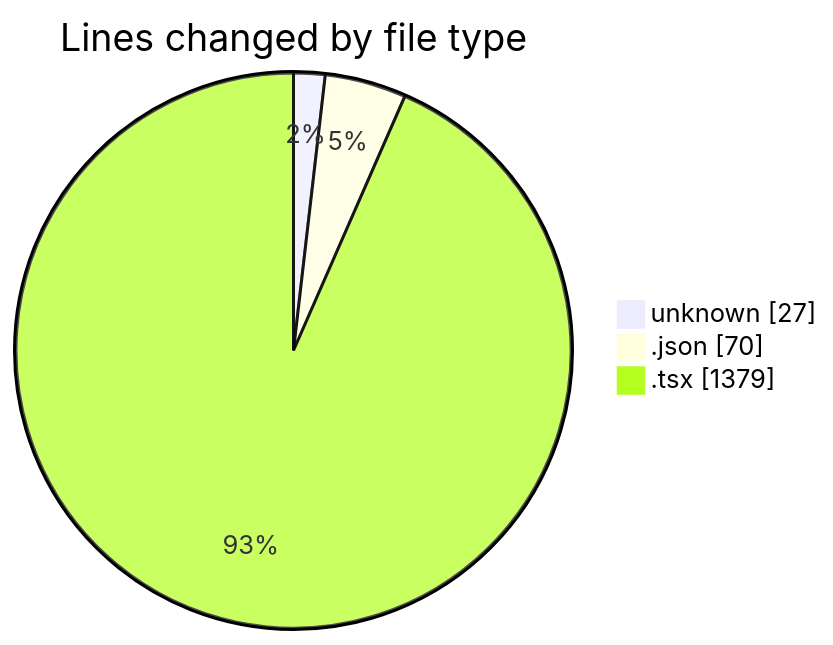
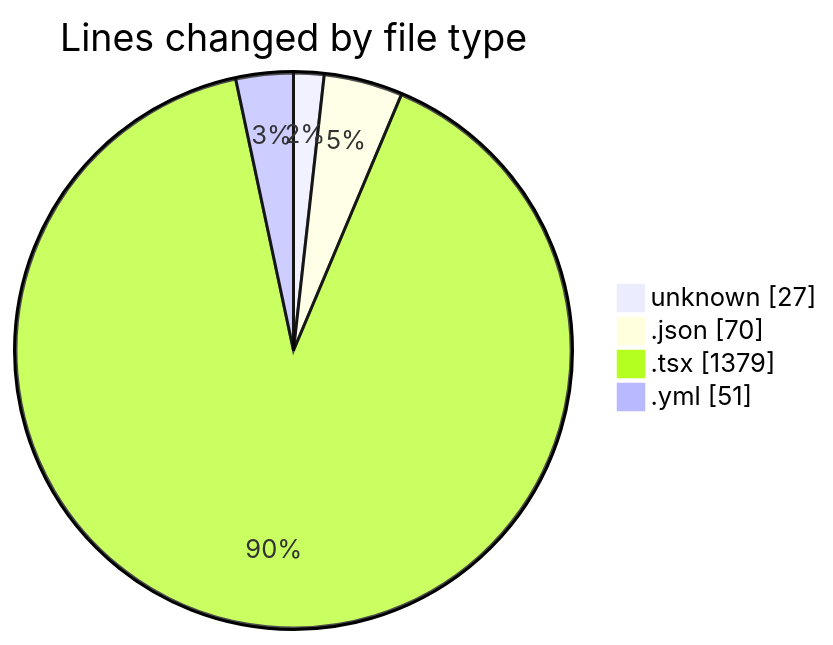
The first of 2 diagrams in 2025-01-14/mbc-web/README.md (robertbonfada/code-tracking), drawn with Mermaid before and after one commit. The commit also changed other lines of this file and 1 other file, not shown here.

````diff
--- a/2025-01-14/mbc-web/README.md
+++ b/2025-01-14/mbc-web/README.md
@@ -33,7 +34,8 @@
 ```mermaid
 pie showData
 title Lines changed by file type
 "unknown" : 27
 ".json" : 70
 ".tsx" : 1379
+".yml" : 51
 ```
````
